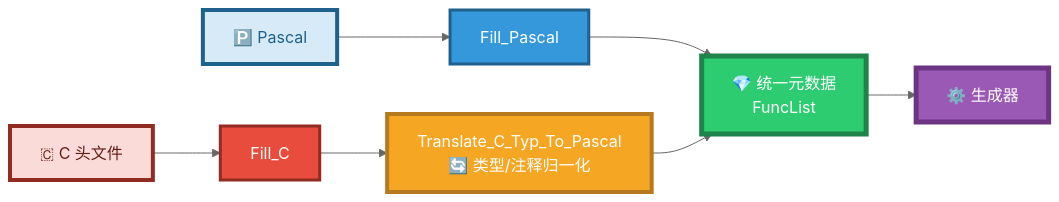
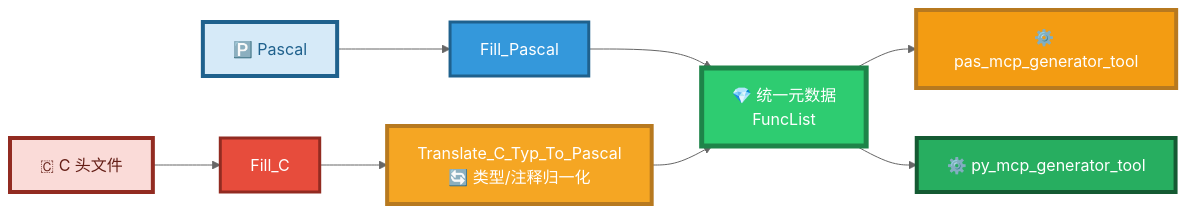
Before and after one commit to PassByYou888/LingoFuse-pasAgent: the ninth of 46 diagrams in code_generate_mcp.md, drawn with Mermaid (neutral theme). The commit also changed other lines of this file, not shown here.

````diff
--- a/code_generate_mcp.md
+++ b/code_generate_mcp.md
@@ -110,17 +414,19 @@
 ```mermaid
 flowchart LR
     P["🅿️ Pascal"] --> FP["Fill_Pascal"]
     C["🇨 C 头文件"] --> FC["Fill_C"]
     FC --> TR["Translate_C_Typ_To_Pascal<br/>🔄 类型/注释归一化"]
     FP --> M["💎 统一元数据<br/>FuncList"]
     TR --> M
-    M --> G["⚙️ 生成器"]
+    M --> G1["⚙️ pas_mcp_generator_tool"]
+    M --> G2["⚙️ py_mcp_generator_tool"]
 
     style P fill:#D6EAF8,stroke:#1F618D,stroke-width:4px,color:#1F618D
     style C fill:#FADBD8,stroke:#922B21,stroke-width:4px,color:#641E16
     style FP fill:#3498DB,stroke:#1F618D,stroke-width:3px,color:#FFFFFF
     style FC fill:#E74C3C,stroke:#922B21,stroke-width:3px,color:#FFFFFF
     style TR fill:#F5A623,stroke:#B7791F,stroke-width:4px,color:#FFFFFF
     style M fill:#2ECC71,stroke:#1E8449,stroke-width:5px,color:#FFFFFF
-    style G fill:#9B59B6,stroke:#6C3483,stroke-width:5px,color:#FFFFFF
+    style G1 fill:#F39C12,stroke:#B7791F,stroke-width:4px,color:#FFFFFF
+    style G2 fill:#27AE60,stroke:#145A32,stroke-width:4px,color:#FFFFFF
 ```
````
